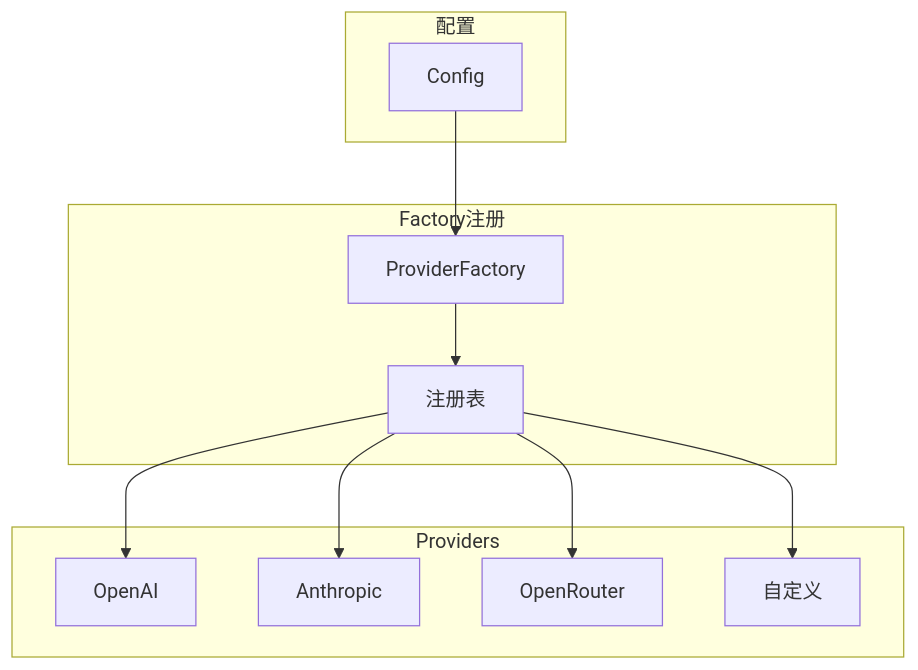
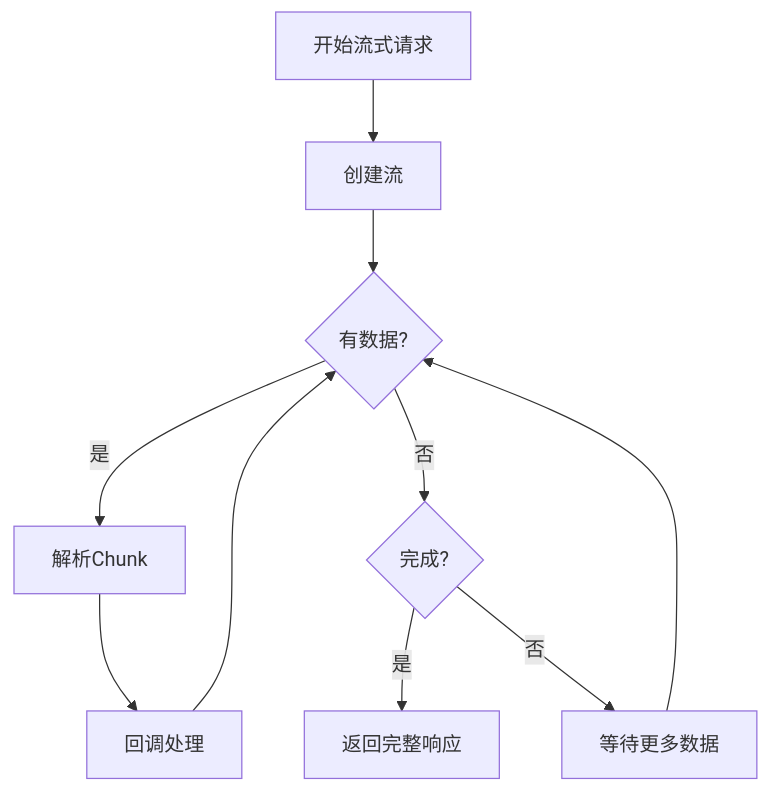
One commit to MiyakoMeow/neco changed the fourth of 4 diagrams in progress/TECH-MODEL.md. Above: the diagram before and after it, drawn with Mermaid. The commit also changed other lines of this file and 11 other files, not shown here.

````diff
--- a/progress/TECH-MODEL.md
+++ b/progress/TECH-MODEL.md
@@ -129,25 +244,12 @@
 ```mermaid
-graph TB
-    subgraph "配置"
-        C[Config]
-    end
-    
-    subgraph "Factory注册"
-        PF[ProviderFactory]
-        R[注册表]
-    end
-    
-    subgraph "Providers"
-        P1[OpenAI]
-        P2[Anthropic]
-        P3[OpenRouter]
-        P4[自定义]
-    end
-    
-    C --> PF
-    PF --> R
-    R --> P1
-    R --> P2
-    R --> P3
-    R --> P4
+flowchart TD
+    A[开始流式请求] --> B[创建流]
+    B --> C{有数据?}
+    C -->|是| D[解析Chunk]
+    D --> E[回调处理]
+    E --> C
+    C -->|否| F{完成?}
+    F -->|是| G[返回完整响应]
+    F -->|否| H[等待更多数据]
+    H --> C
 ```
````
